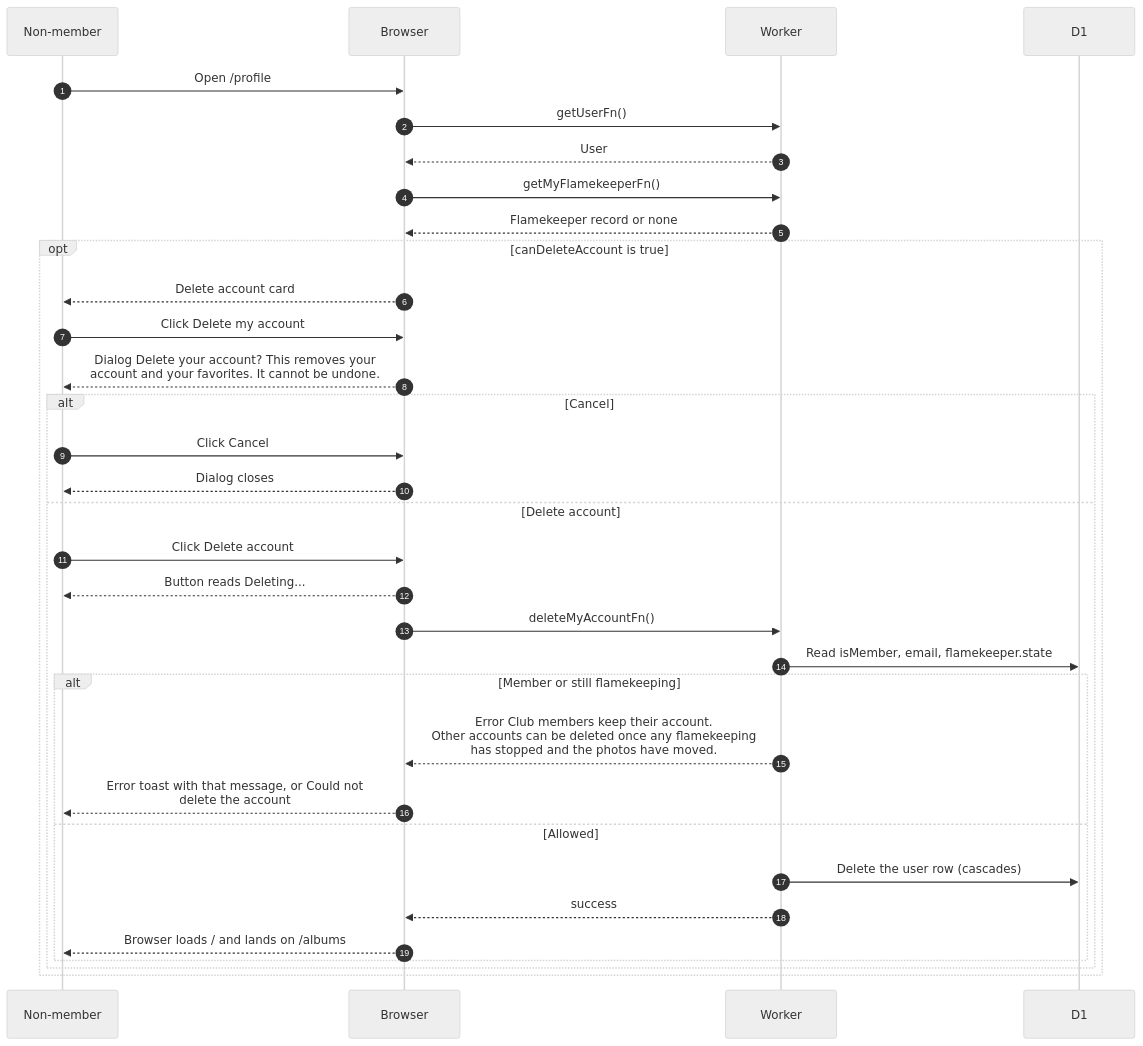
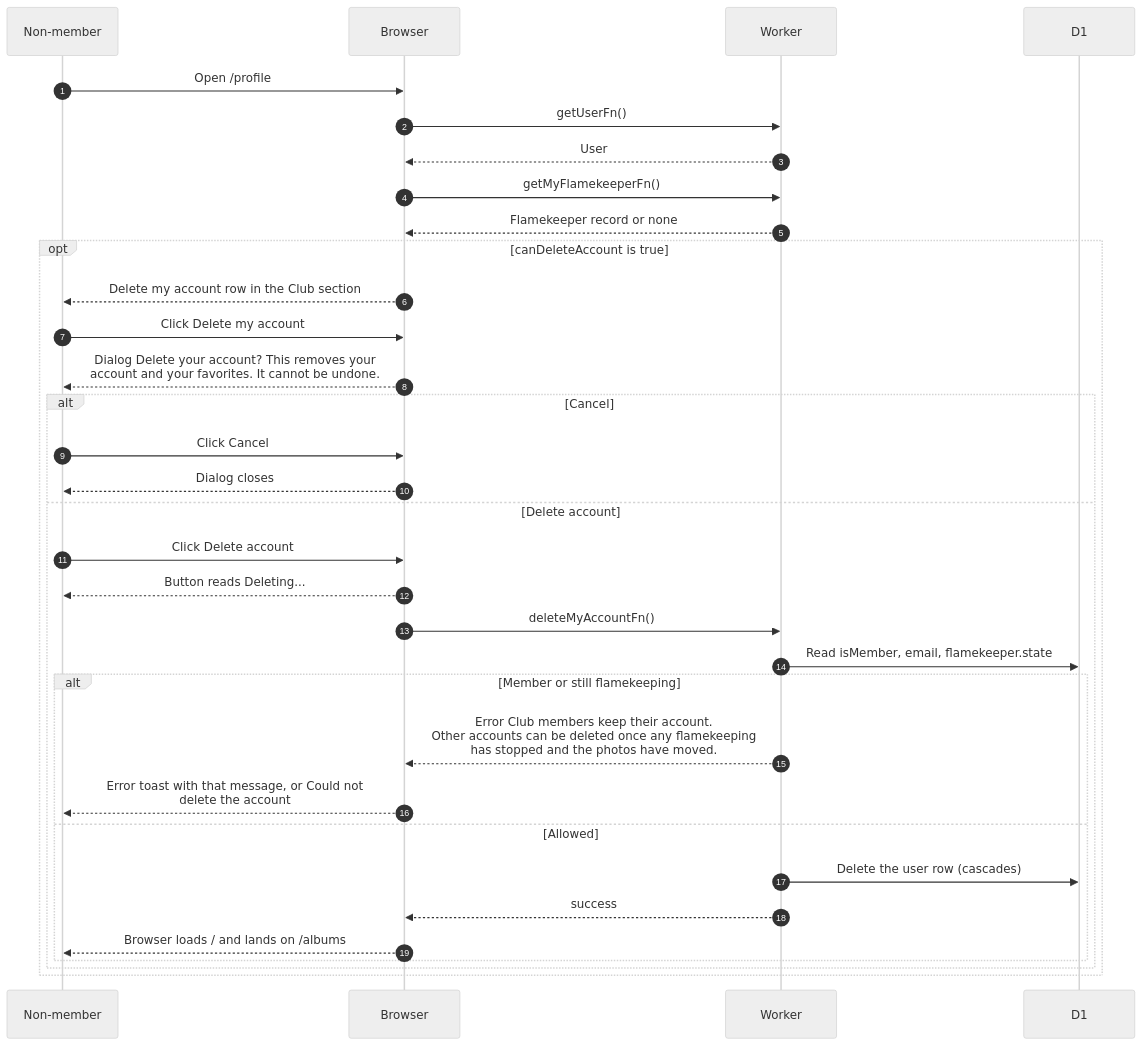
One commit to sagyzdop/meriksirat changed the diagram in docs/scenarios/account/delete-account.md. Above: the diagram before and after it, drawn with Mermaid (neutral theme). The commit also changed other lines of this file and 33 other files, not shown here.

````diff
--- a/docs/scenarios/account/delete-account.md
+++ b/docs/scenarios/account/delete-account.md
@@ -29,35 +29,35 @@
 ```mermaid
 sequenceDiagram
     autonumber
     participant P as Non-member
     participant B as Browser
     participant W as Worker
     participant D as D1
     P->>B: Open /profile
     B->>W: getUserFn()
     W-->>B: User
     B->>W: getMyFlamekeeperFn()
     W-->>B: Flamekeeper record or none
     opt canDeleteAccount is true
-        B-->>P: Delete account card
+        B-->>P: Delete my account row in the Club section
         P->>B: Click Delete my account
         B-->>P: Dialog Delete your account? This removes your<br/>account and your favorites. It cannot be undone.
         alt Cancel
             P->>B: Click Cancel
             B-->>P: Dialog closes
         else Delete account
             P->>B: Click Delete account
             B-->>P: Button reads Deleting...
             B->>W: deleteMyAccountFn()
             W->>D: Read isMember, email, flamekeeper.state
             alt Member or still flamekeeping
                 W-->>B: Error Club members keep their account.<br/>Other accounts can be deleted once any flamekeeping<br/>has stopped and the photos have moved.
                 B-->>P: Error toast with that message, or Could not<br/>delete the account
             else Allowed
                 W->>D: Delete the user row (cascades)
                 W-->>B: success
                 B-->>P: Browser loads / and lands on /albums
             end
         end
     end
 ```
````
